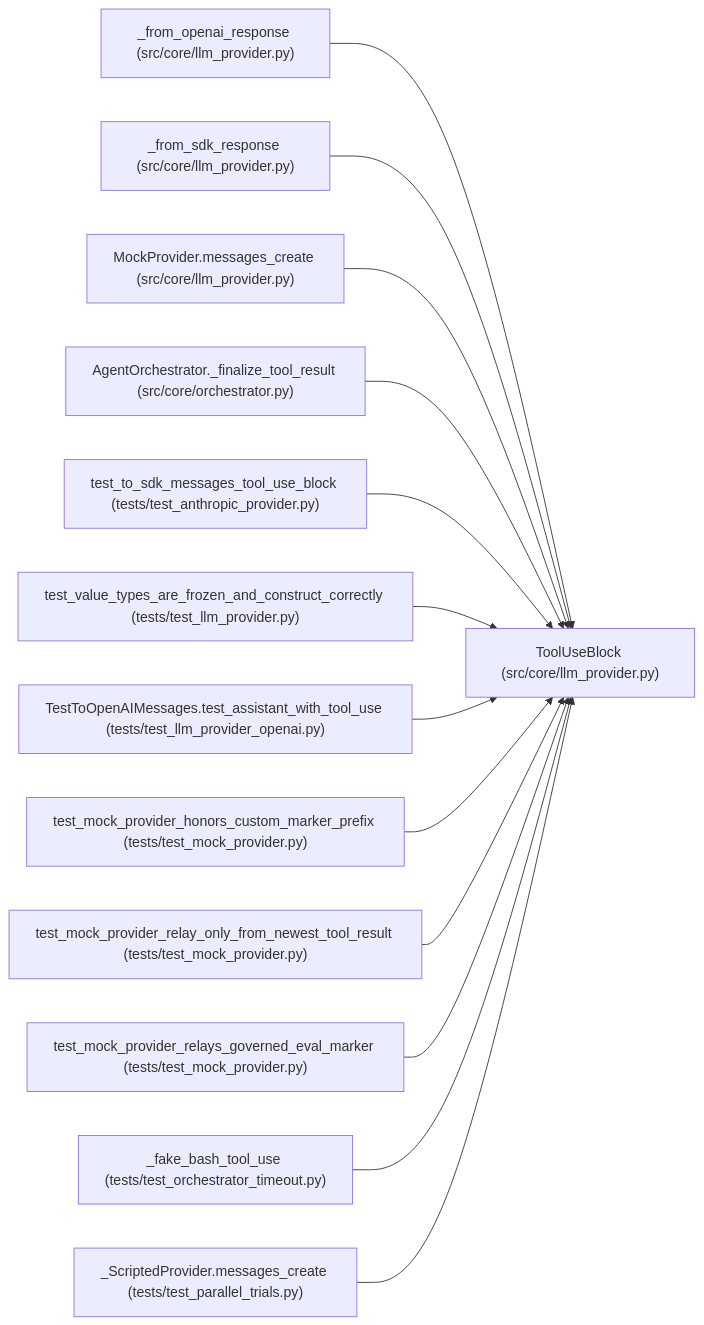
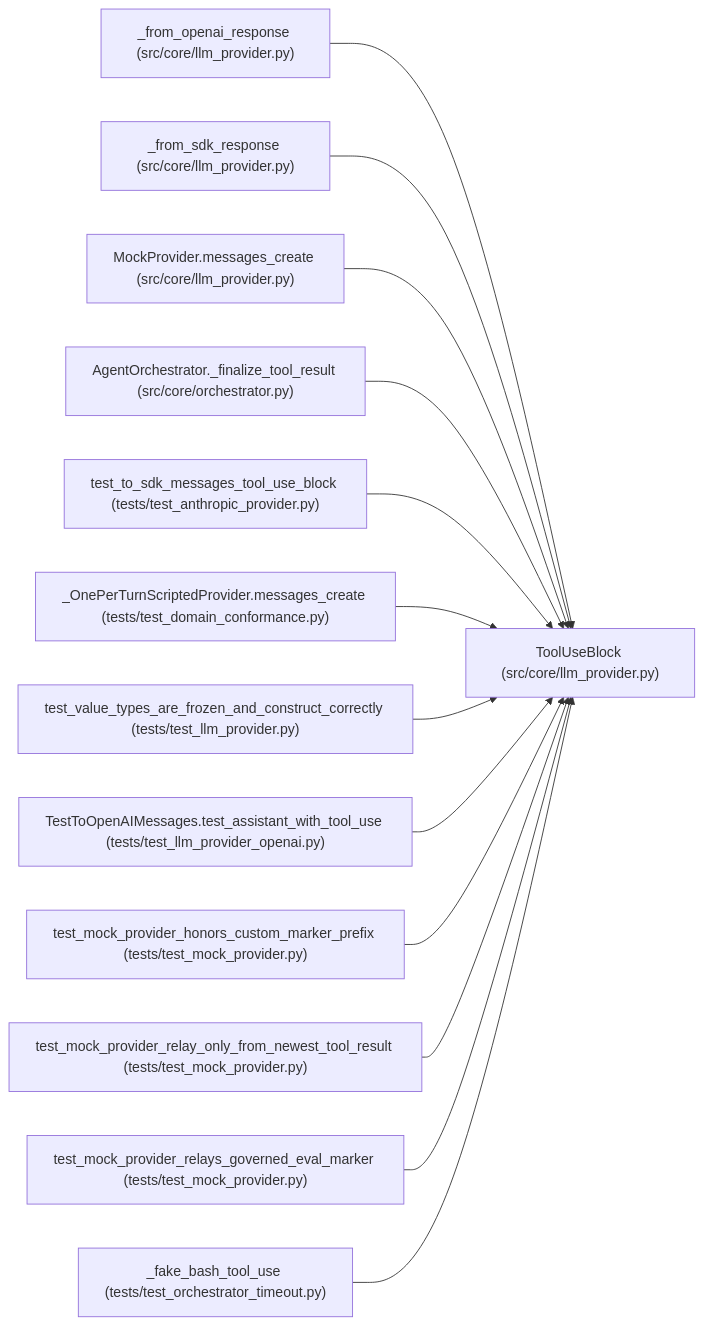
The diagram in docs/llm_wiki/entities/ToolUseBlock.md (Denissvgn/autoresearch-agent), drawn with Mermaid before and after one commit. The commit also changed other lines of this file and 1033 other files, not shown here.

````diff
--- a/docs/llm_wiki/entities/ToolUseBlock.md
+++ b/docs/llm_wiki/entities/ToolUseBlock.md
@@ -33,41 +33,41 @@
 ```mermaid
 flowchart LR
     n0["ToolUseBlock (src/core/llm_provider.py)"]
     n1["_from_openai_response (src/core/llm_provider.py)"]
     n2["_from_sdk_response (src/core/llm_provider.py)"]
     n3["MockProvider.messages_create (src/core/llm_provider.py)"]
     n4["AgentOrchestrator._finalize_tool_result (src/core/orchestrator.py)"]
     n5["test_to_sdk_messages_tool_use_block (tests/test_anthropic_provider.py)"]
-    n6["test_value_types_are_frozen_and_construct_correctly (tests/test_llm_provider.py)"]
-    n7["TestToOpenAIMessages.test_assistant_with_tool_use (tests/test_llm_provider_openai.py)"]
-    n8["test_mock_provider_honors_custom_marker_prefix (tests/test_mock_provider.py)"]
-    n9["test_mock_provider_relay_only_from_newest_tool_result (tests/test_mock_provider.py)"]
-    n10["test_mock_provider_relays_governed_eval_marker (tests/test_mock_provider.py)"]
-    n11["_fake_bash_tool_use (tests/test_orchestrator_timeout.py)"]
-    n12["_ScriptedProvider.messages_create (tests/test_parallel_trials.py)"]
+    n6["_OnePerTurnScriptedProvider.messages_create (tests/test_domain_conformance.py)"]
+    n7["test_value_types_are_frozen_and_construct_correctly (tests/test_llm_provider.py)"]
+    n8["TestToOpenAIMessages.test_assistant_with_tool_use (tests/test_llm_provider_openai.py)"]
+    n9["test_mock_provider_honors_custom_marker_prefix (tests/test_mock_provider.py)"]
+    n10["test_mock_provider_relay_only_from_newest_tool_result (tests/test_mock_provider.py)"]
+    n11["test_mock_provider_relays_governed_eval_marker (tests/test_mock_provider.py)"]
+    n12["_fake_bash_tool_use (tests/test_orchestrator_timeout.py)"]
     n1 --> n0
     n2 --> n0
     n3 --> n0
     n4 --> n0
     n5 --> n0
     n6 --> n0
     n7 --> n0
     n8 --> n0
     n9 --> n0
     n10 --> n0
     n11 --> n0
     n12 --> n0
     click n0 "../modules/llm_provider.md"
     click n1 "../modules/llm_provider.md"
     click n2 "../modules/llm_provider.md"
     click n3 "../modules/llm_provider.md"
     click n4 "../modules/orchestrator.md"
     click n5 "../modules/test_anthropic_provider.md"
-    click n6 "../modules/test_llm_provider.md"
-    click n7 "../modules/test_llm_provider_openai.md"
-    click n8 "../modules/test_mock_provider.md"
+    click n6 "../modules/test_domain_conformance.md"
+    click n7 "../modules/test_llm_provider.md"
+    click n8 "../modules/test_llm_provider_openai.md"
     click n9 "../modules/test_mock_provider.md"
     click n10 "../modules/test_mock_provider.md"
-    click n11 "../modules/test_orchestrator_timeout.md"
-    click n12 "../modules/test_parallel_trials.md"
+    click n11 "../modules/test_mock_provider.md"
+    click n12 "../modules/test_orchestrator_timeout.md"
 ```
````
